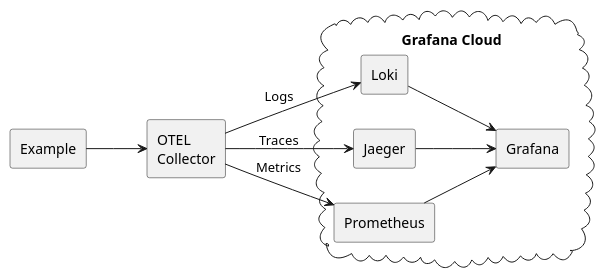
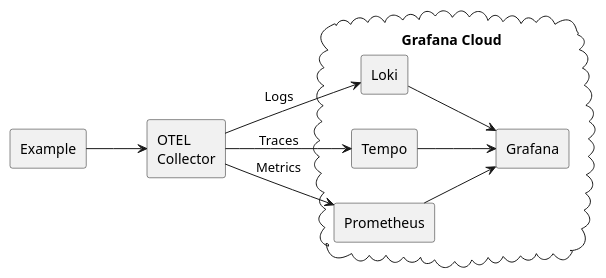
Before and after one commit to yolkhovyy/go-otelw: the diagram in docs/diagrams/grafana-cloud.puml, drawn with PlantUML. The commit also changed 2 other files, not shown here.

Commit message:
Update README.md and diagrams

```diff
--- a/docs/diagrams/grafana-cloud.puml
+++ b/docs/diagrams/grafana-cloud.puml
@@ -1,21 +1,21 @@
 @startuml grafana-cloud
 left to right direction
 
 agent Example as EX
 agent "OTEL\nCollector" as OC
 cloud "Grafana Cloud" {
     agent Loki
-    agent Jaeger
+    agent Tempo
     agent Prometheus
     agent Grafana
 }
 
 EX --> OC
 OC --> Loki: "Logs"
-OC --> Jaeger: "Traces"
+OC --> Tempo: "Traces"
 OC --> Prometheus: "Metrics"
 Loki --> Grafana
-Jaeger --> Grafana
+Tempo --> Grafana
 Prometheus --> Grafana
 
 @enduml
```
